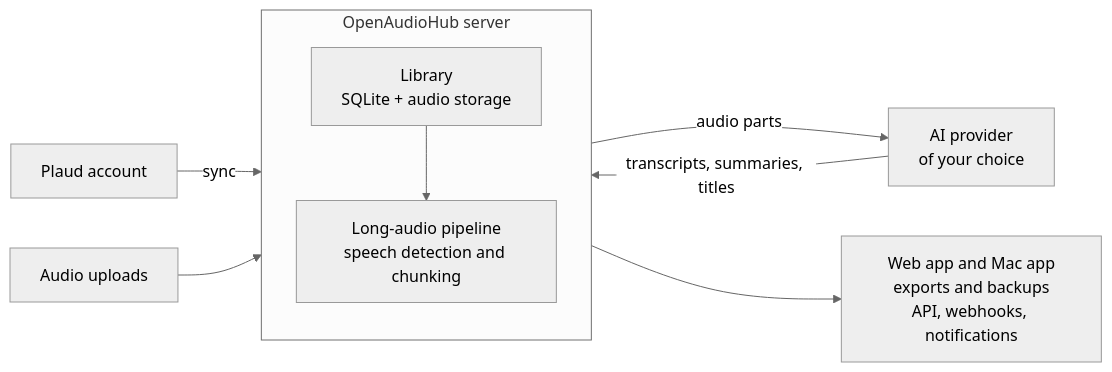
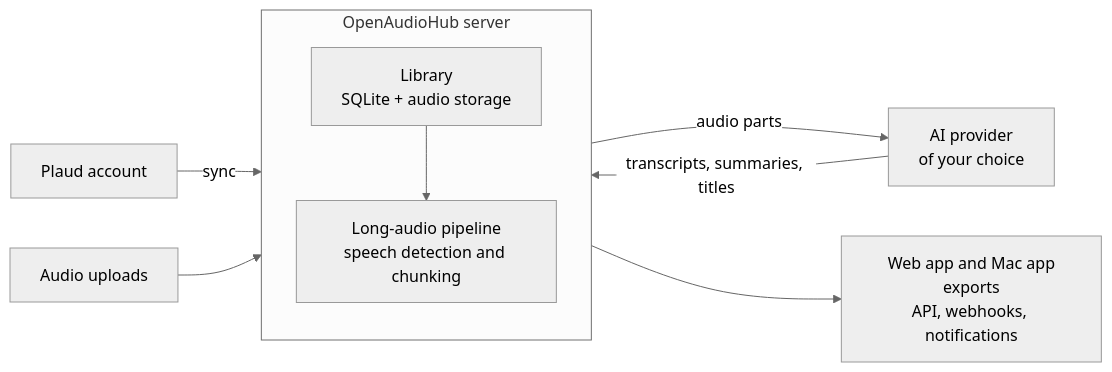
The diagram in README.md (JeremyL691/OpenAudioHub), drawn with Mermaid (neutral theme) before and after one commit. The commit also changed other lines of this file and 64 other files, not shown here.

````diff
--- a/README.md
+++ b/README.md
@@ -75,12 +75,12 @@
 ```mermaid
 flowchart LR
     plaud["Plaud account"] -- sync --> server
     upload["Audio uploads"] --> server
     subgraph server["OpenAudioHub server"]
         direction TB
         library["Library<br/>SQLite + audio storage"] --> pipeline["Long-audio pipeline<br/>speech detection and chunking"]
     end
     pipeline -- "audio parts" --> ai["AI provider<br/>of your choice"]
     ai -- "transcripts, summaries, titles" --> library
-    server --> out["Web app and Mac app<br/>exports and backups<br/>API, webhooks, notifications"]
+    server --> out["Web app and Mac app<br/>exports<br/>API, webhooks, notifications"]
 ```
````
